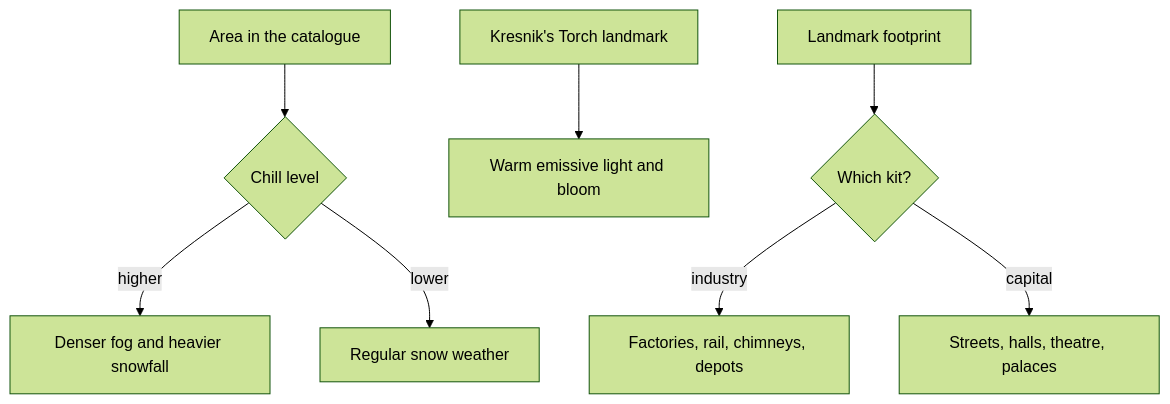
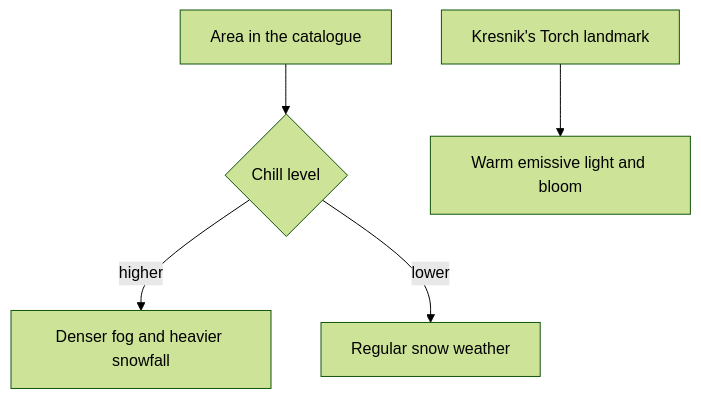
One commit to Esposter/Esposter changed the diagram in apps/web/content/docs/proposals/genshin/snezhnaya.md. Above: the diagram before and after it, drawn with Mermaid (forest theme). The commit also changed other lines of this file and 8 other files, not shown here.

````diff
--- a/apps/web/content/docs/proposals/genshin/snezhnaya.md
+++ b/apps/web/content/docs/proposals/genshin/snezhnaya.md
@@ -20,10 +19,7 @@
 ```mermaid
 flowchart TD
   AR[Area in the catalogue] --> CH{Chill level}
   CH -->|higher| FOG[Denser fog and heavier snowfall]
   CH -->|lower| SN[Regular snow weather]
   TO[Kresnik's Torch landmark] --> LT[Warm emissive light and bloom]
-  FP[Landmark footprint] --> KI{Which kit?}
-  KI -->|industry| IN[Factories, rail, chimneys, depots]
-  KI -->|capital| CA[Streets, halls, theatre, palaces]
 ```
````
